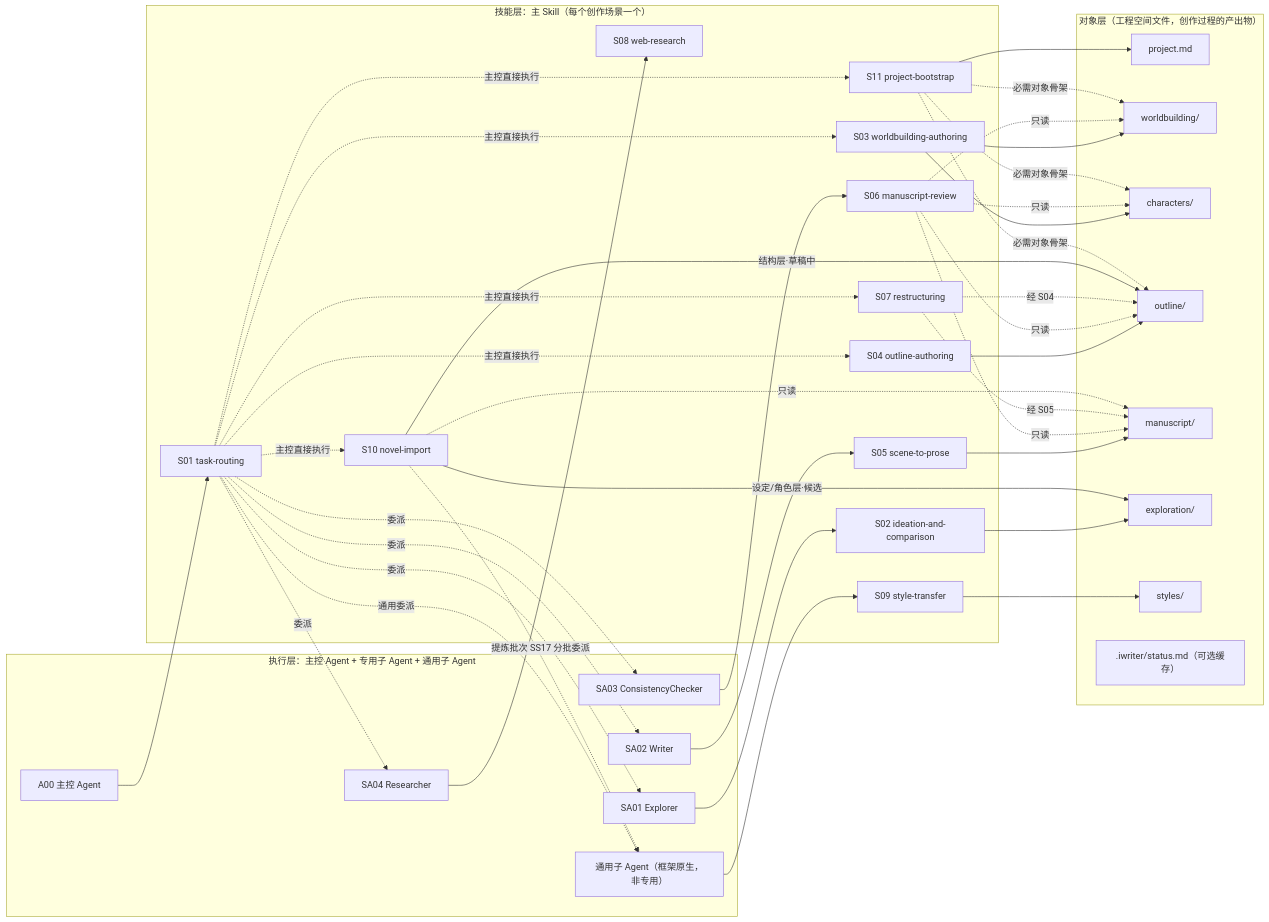
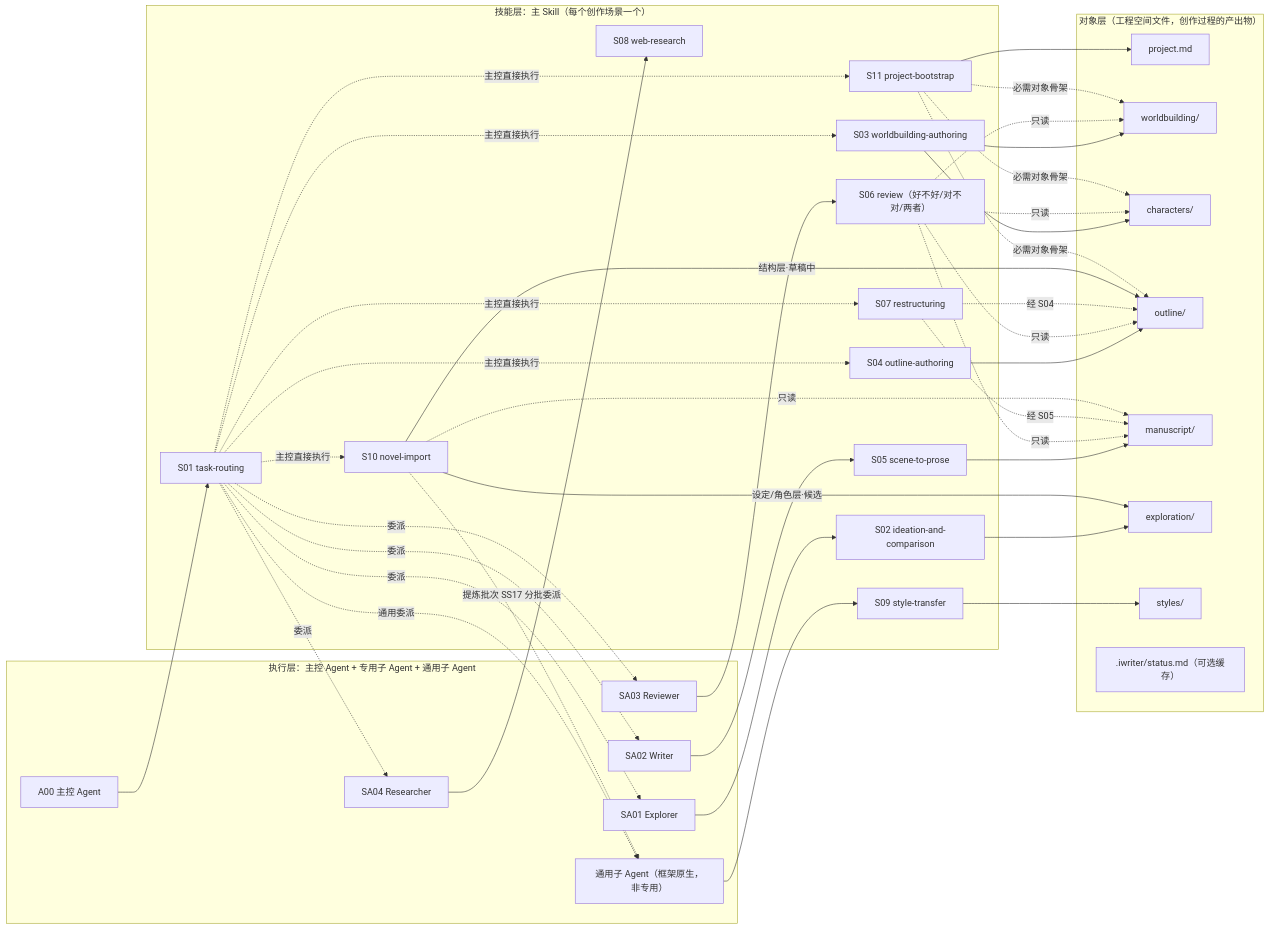
The second of 2 diagrams in design/creativeagent phase 2/03. 小说创作搭子｜AI Story Buddy：概要设计.md (map9/iWriter), drawn with Mermaid before and after one commit. The commit also changed other lines of this file and 12 other files, not shown here.

First line of the commit message:
refactor(creative): 合并 editorial-review + consistency-checker 为 reviewer 只读子 Agent

````diff
--- a/design/creativeagent phase 2/03. 小说创作搭子｜AI Story Buddy：概要设计.md
+++ b/design/creativeagent phase 2/03. 小说创作搭子｜AI Story Buddy：概要设计.md
@@ -250,75 +252,75 @@
 ```mermaid
 flowchart LR
   subgraph 对象层["对象层（工程空间文件，创作过程的产出物）"]
     F1["project.md"]
     F2["worldbuilding/"]
     F3["characters/"]
     F4["outline/"]
     F5["manuscript/"]
     F6["exploration/"]
     F7["styles/"]
     F9[".iwriter/status.md（可选缓存）"]
   end
 
   subgraph 技能层["技能层：主 Skill（每个创作场景一个）"]
     S01["S01 task-routing"]
     S02["S02 ideation-and-comparison"]
     S03["S03 worldbuilding-authoring"]
     S04["S04 outline-authoring"]
     S05["S05 scene-to-prose"]
-    S06["S06 manuscript-review"]
+    S06["S06 review（好不好/对不对/两者）"]
     S07["S07 restructuring"]
     S08["S08 web-research"]
     S09["S09 style-transfer"]
     S10["S10 novel-import"]
     S11["S11 project-bootstrap"]
   end
 
   subgraph 执行层["执行层：主控 Agent + 专用子 Agent + 通用子 Agent"]
     A00["A00 主控 Agent"]
     SA01["SA01 Explorer"]
     SA02["SA02 Writer"]
-    SA03["SA03 ConsistencyChecker"]
+    SA03["SA03 Reviewer"]
     SA04["SA04 Researcher"]
     GP["通用子 Agent（框架原生，非专用）"]
   end
 
   A00 --> S01
   S01 -.->|委派| SA01
   S01 -.->|委派| SA02
   S01 -.->|委派| SA03
   S01 -.->|委派| SA04
   S01 -.->|通用委派| GP
   S01 -.->|主控直接执行| S03
   S01 -.->|主控直接执行| S04
   S01 -.->|主控直接执行| S07
   S01 -.->|主控直接执行| S10
   S01 -.->|主控直接执行| S11
 
   SA01 --> S02
   SA02 --> S05
   SA03 --> S06
   SA04 --> S08
   GP --> S09
   S10 -.->|提炼批次 SS17 分批委派| GP
 
   S02 --> F6
   S03 --> F2
   S03 --> F3
   S04 --> F4
   S05 --> F5
   S06 -.->|只读| F5
   S06 -.->|只读| F4
   S06 -.->|只读| F3
   S06 -.->|只读| F2
   S07 -.->|经 S04| F4
   S07 -.->|经 S05| F5
   S09 --> F7
   S10 -.->|只读| F5
   S10 -->|结构层·草稿中| F4
   S10 -->|设定/角色层·候选| F6
   S11 --> F1
   S11 -.->|必需对象骨架| F2
   S11 -.->|必需对象骨架| F3
   S11 -.->|必需对象骨架| F4
 ```
````
